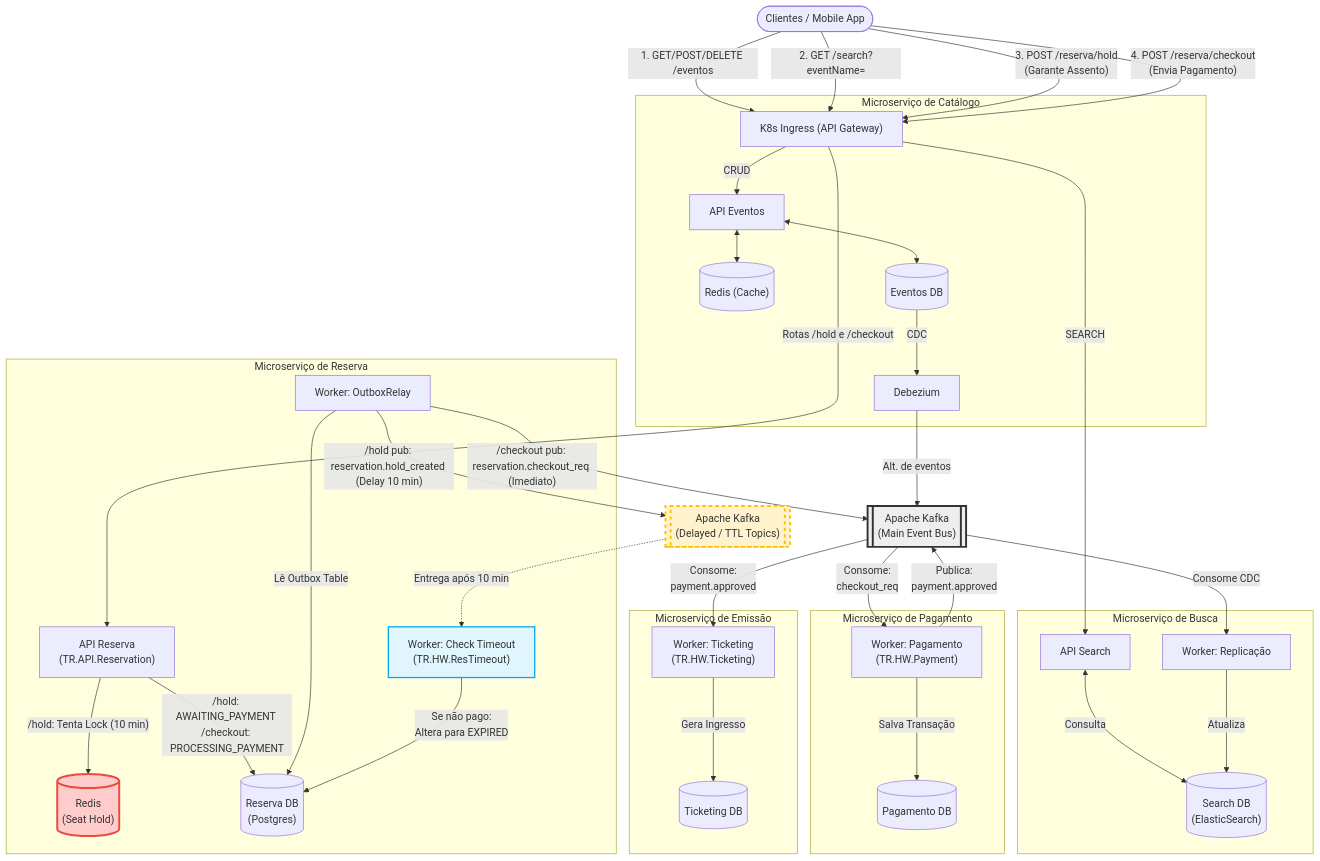
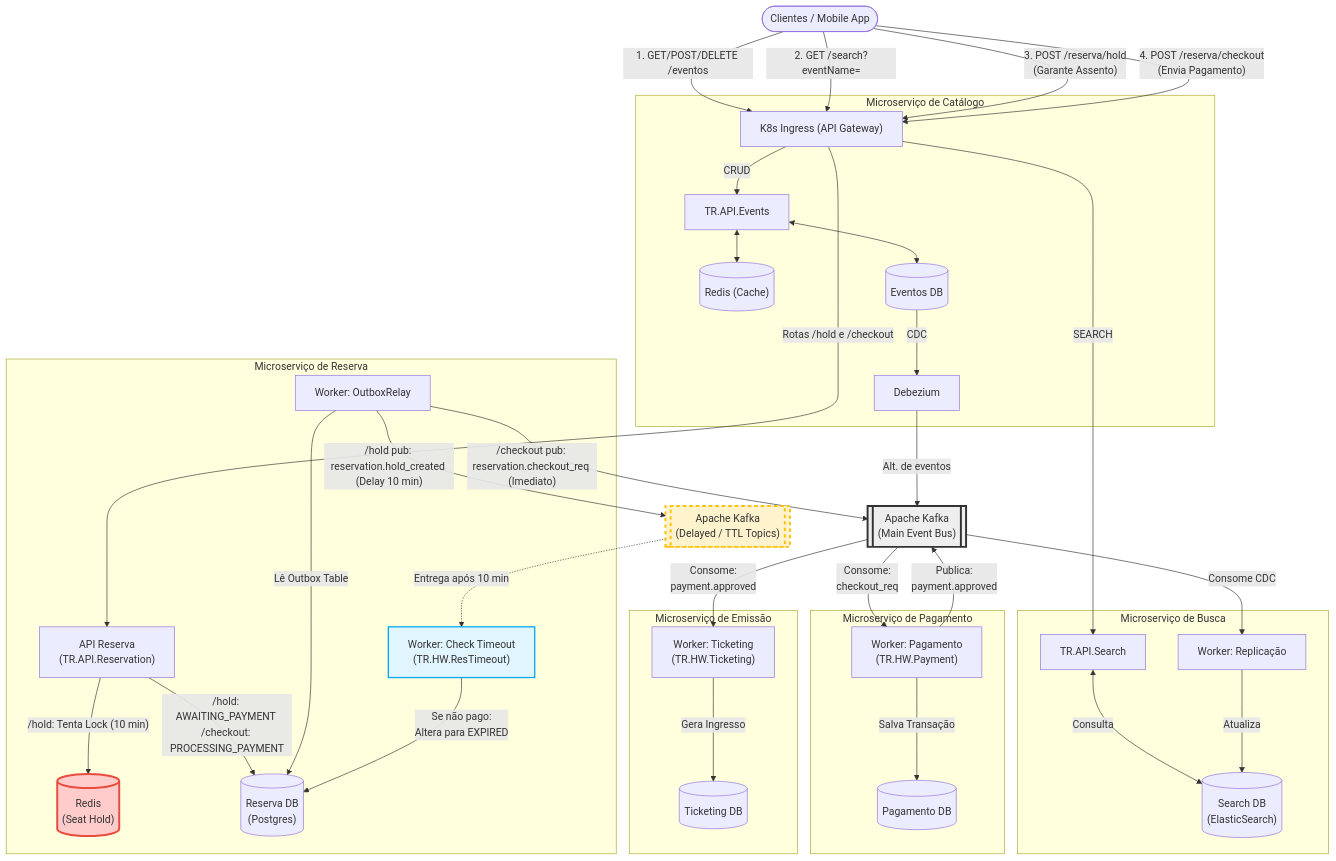
Before and after one commit to ThallesTeodoro/TicketReserver.IO: the first of 2 diagrams in arch-decisions.md, drawn with Mermaid. The commit also changed 9 other files, not shown here.

````diff
--- a/arch-decisions.md
+++ b/arch-decisions.md
@@ -5,77 +5,77 @@
 ```mermaid
 flowchart TB
     %% ================= CLIENTES & GATEWAY =================
     Client(["Clientes / Mobile App"])
 
     Client -- "1. GET/POST/DELETE /eventos" --> Ingress["K8s Ingress (API Gateway)"]
     Client -- "2. GET /search?eventName=" --> Ingress
     Client -- "3. POST /reserva/hold \n(Garante Assento)" --> Ingress
     Client -- "4. POST /reserva/checkout \n(Envia Pagamento)" --> Ingress
 
     %% ================= DOMÍNIO DE EVENTOS & BUSCA =================
     subgraph SVC_EVENTOS [Microserviço de Catálogo]
-        Ingress -- "CRUD" --> APIEventos["API Eventos"]
-        APIEventos <--> RedisCache[("Redis (Cache)")]
-        APIEventos <--> EventosDB[("Eventos DB")]
+        Ingress -- "CRUD" --> API_Eventos["TR.API.Events"]
+        API_Eventos <--> RedisCache[("Redis (Cache)")]
+        API_Eventos <--> EventosDB[("Eventos DB")]
         EventosDB -- "CDC" --> Debezium["Debezium"]
     end
 
     subgraph SVC_BUSCA [Microserviço de Busca]
-        Ingress -- "SEARCH" --> APISearch["API Search"]
-        APISearch <-- "Consulta" --> SearchDB[("Search DB \n(ElasticSearch)")]
+        Ingress -- "SEARCH" --> API_Search["TR.API.Search"]
+        API_Search <-- "Consulta" --> SearchDB[("Search DB \n(ElasticSearch)")]
         HWRepl["Worker: Replicação"] -- "Atualiza" --> SearchDB
     end
 
     %% ================= MENSAGERIA CENTRAL =================
     Kafka[["Apache Kafka \n(Main Event Bus)"]]
     Kafka_Delayed[["Apache Kafka \n(Delayed / TTL Topics)"]]
 
     Debezium -- "Alt. de eventos" --> Kafka
     Kafka -- "Consome CDC" --> HWRepl
 
     %% ================= DOMÍNIO DE RESERVAS =================
     subgraph SVC_RESERVA [Microserviço de Reserva]
         API_Reserva["API Reserva \n(TR.API.Reservation)"]
         Ingress -- "Rotas /hold e /checkout" --> API_Reserva
 
         %% Hold no Redis
         API_Reserva -- "/hold: Tenta Lock (10 min)" --> RedisHold[("Redis \n(Seat Hold)")]
 
         %% Persistência DB e Outbox
         API_Reserva -- "/hold: AWAITING_PAYMENT \n/checkout: PROCESSING_PAYMENT" --> DB_Res[("Reserva DB \n(Postgres)")]
         Outbox_Relay["Worker: OutboxRelay"] -- "Lê Outbox Table" --> DB_Res
 
         %% Worker de Reconciliação (O novo componente)
         Worker_Timeout["Worker: Check Timeout \n(TR.HW.ResTimeout)"]
         Worker_Timeout -- "Se não pago: \nAltera para EXPIRED" --> DB_Res
     end
 
     %% Roteamento do Outbox
     Outbox_Relay -- "/hold pub: reservation.hold_created \n(Delay 10 min)" --> Kafka_Delayed
     Outbox_Relay -- "/checkout pub: reservation.checkout_req \n(Imediato)" --> Kafka
 
     %% Consumo do Timeout
     Kafka_Delayed -. "Entrega após 10 min" .-> Worker_Timeout
 
     %% ================= DOMÍNIO DE PAGAMENTOS =================
     subgraph SVC_PAGAMENTO [Microserviço de Pagamento]
         Worker_Pag["Worker: Pagamento \n(TR.HW.Payment)"] -- "Salva Transação" --> DB_Pag[("Pagamento DB")]
     end
     Kafka -- "Consome: \ncheckout_req" --> Worker_Pag
     Worker_Pag -- "Publica: \npayment.approved" --> Kafka
 
     %% ================= DOMÍNIO DE TICKETING (EMISSÃO) =================
     subgraph SVC_TICKETING [Microserviço de Emissão]
         Worker_Ticket["Worker: Ticketing \n(TR.HW.Ticketing)"] -- "Gera Ingresso" --> DB_Tick[("Ticketing DB")]
     end
     Kafka -- "Consome: \npayment.approved" --> Worker_Ticket
 
     %% ================= OBSERVABILIDADE (Omitida p/ Clareza) =================
     %% OTel Collector continua monitorando todos os Workers e APIs.
 
     %% ================= ESTILIZAÇÃO =================
     style Kafka fill:#eee,stroke:#333,stroke-width:3px
     style Kafka_Delayed fill:#fff3cd,stroke:#ffc107,stroke-width:3px,stroke-dasharray: 5 5
     style RedisHold fill:#ffcccb,stroke:#e74c3c,stroke-width:3px
     style Worker_Timeout fill:#e1f5fe,stroke:#03a9f4,stroke-width:2px
 ```
````
